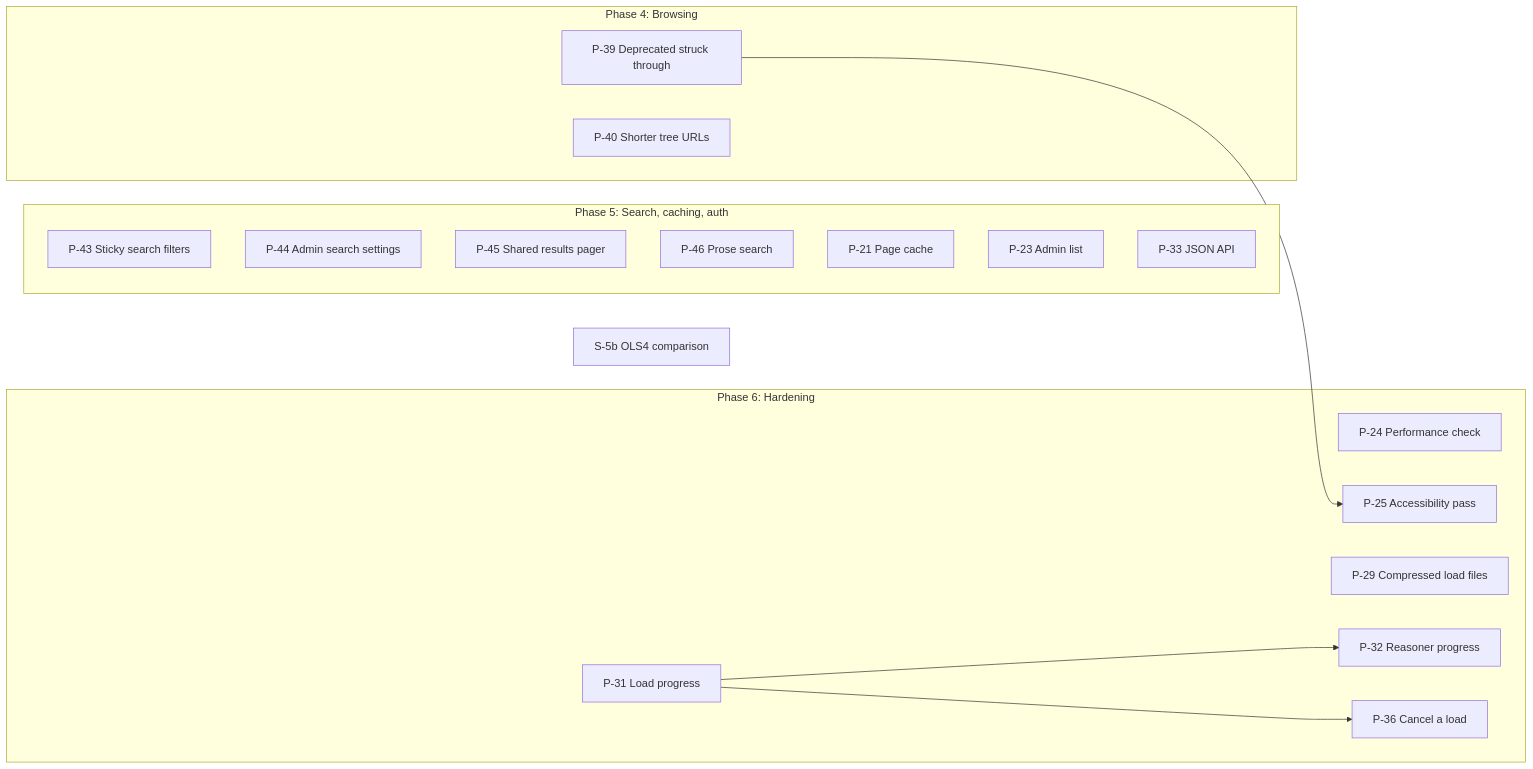
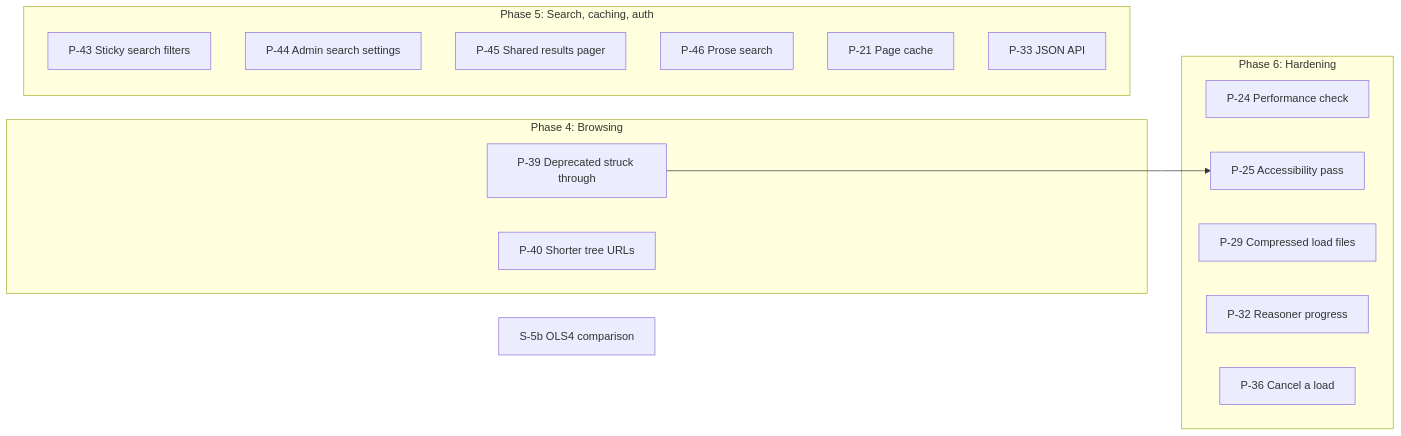
The diagram in docs/DESIGN.md (jclerman/browl), drawn with Mermaid before and after one commit. The commit also changed other lines of this file, not shown here.

Commit message:
Mark P-23 and P-31 done in the plan
Take both out of the remaining-work graph, with P-31's edges to P-32 and
P-36, and set P-31's status to Done: #73 is closed.

````diff
--- a/docs/DESIGN.md
+++ b/docs/DESIGN.md
@@ -2146,29 +2146,25 @@
 ```mermaid
 flowchart LR
     subgraph P4["Phase 4: Browsing"]
         P39["P-39 Deprecated struck through"]
         P40["P-40 Shorter tree URLs"]
     end
     subgraph P5["Phase 5: Search, caching, auth"]
         P43["P-43 Sticky search filters"]
         P44["P-44 Admin search settings"]
         P45["P-45 Shared results pager"]
         P46["P-46 Prose search"]
         P21["P-21 Page cache"]
-        P23["P-23 Admin list"]
         P33["P-33 JSON API"]
     end
     subgraph P6["Phase 6: Hardening"]
         P24["P-24 Performance check"]
         P25["P-25 Accessibility pass"]
         P29["P-29 Compressed load files"]
-        P31["P-31 Load progress"]
         P32["P-32 Reasoner progress"]
         P36["P-36 Cancel a load"]
     end
     S5b["S-5b OLS4 comparison"]
 
     P39 --> P25
-    P31 --> P36
-    P31 --> P32
 ```
````
